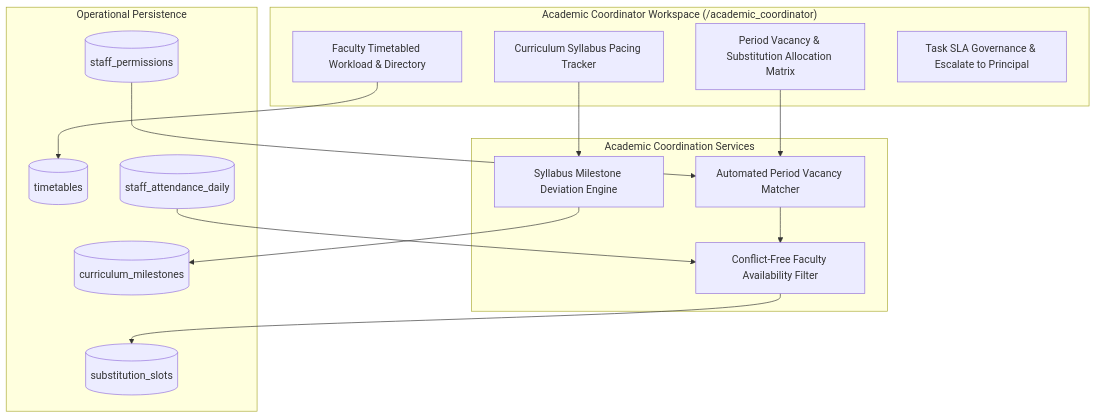
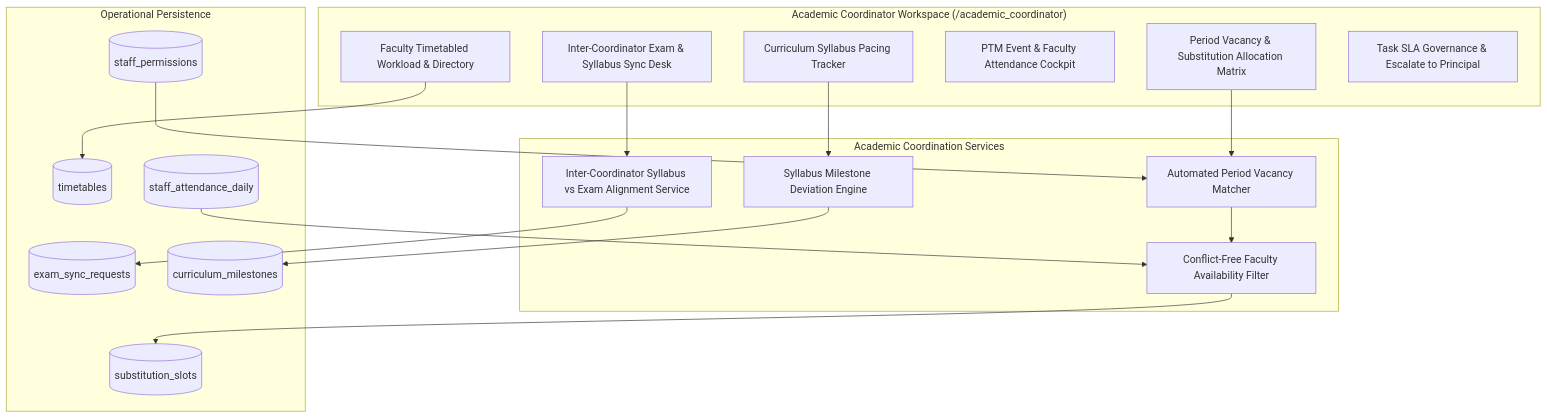
One commit to DiradzProducts/EDU360 changed diagram 17 of 19 in docs/architecture/ROLE_WISE_ARCHITECTURE_AND_WORKFLOWS.md. Above: the diagram before and after it, drawn with Mermaid. The commit also changed other lines of this file and 67 other files, not shown here.

````diff
--- a/docs/architecture/ROLE_WISE_ARCHITECTURE_AND_WORKFLOWS.md
+++ b/docs/architecture/ROLE_WISE_ARCHITECTURE_AND_WORKFLOWS.md
@@ -698,29 +738,34 @@
 ```mermaid
 graph TD
     subgraph AcadWorkspace ["Academic Coordinator Workspace (/academic_coordinator)"]
         UI_SUB_MATRIX["Period Vacancy & Substitution Allocation Matrix"]
         UI_PACING_RADAR["Curriculum Syllabus Pacing Tracker"]
         UI_FACULTY_ROSTER["Faculty Timetabled Workload & Directory"]
+        UI_PTM_RADAR["PTM Event & Faculty Attendance Cockpit"]
+        UI_EXAM_SYNC["Inter-Coordinator Exam & Syllabus Sync Desk"]
         UI_SLA_ESCALATE["Task SLA Governance & Escalate to Principal"]
     end
 
     subgraph AcadEngines ["Academic Coordination Services"]
         VACANCY_DETECT["Automated Period Vacancy Matcher"]
         PROXY_FILTER["Conflict-Free Faculty Availability Filter"]
         PACING_CALC["Syllabus Milestone Deviation Engine"]
+        EXAM_SYNC_ENG["Inter-Coordinator Syllabus vs Exam Alignment Service"]
     end
 
     subgraph AcadData ["Operational Persistence"]
         DB_TIMETABLE[("timetables")]
         DB_SUBS[("substitution_slots")]
         DB_STAFF_LEAVES[("staff_permissions")]
         DB_STAFF_ATT[("staff_attendance_daily")]
+        DB_EXAM_SYNC[("exam_sync_requests")]
         DB_SYLLABUS[("curriculum_milestones")]
     end
 
     UI_SUB_MATRIX --> VACANCY_DETECT --> PROXY_FILTER --> DB_SUBS
     DB_STAFF_LEAVES --> VACANCY_DETECT
     DB_STAFF_ATT --> PROXY_FILTER
     UI_PACING_RADAR --> PACING_CALC --> DB_SYLLABUS
+    UI_EXAM_SYNC --> EXAM_SYNC_ENG --> DB_EXAM_SYNC
     UI_FACULTY_ROSTER --> DB_TIMETABLE
 ```
````
